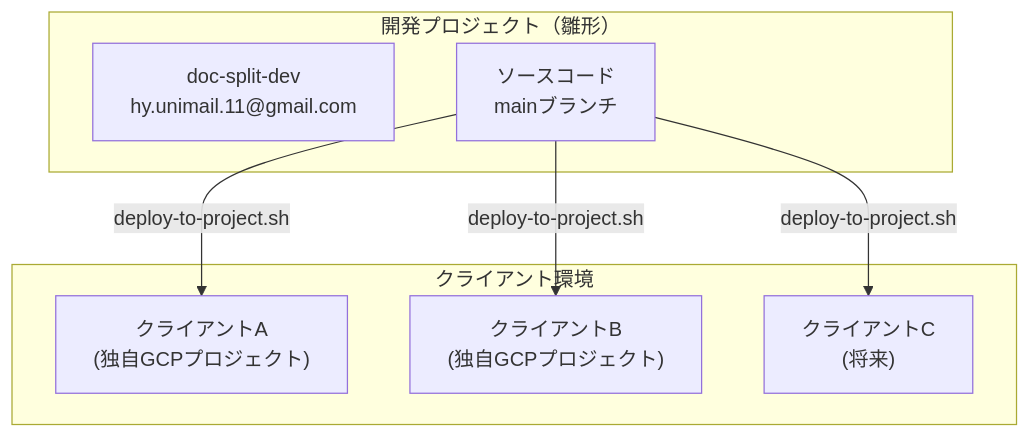
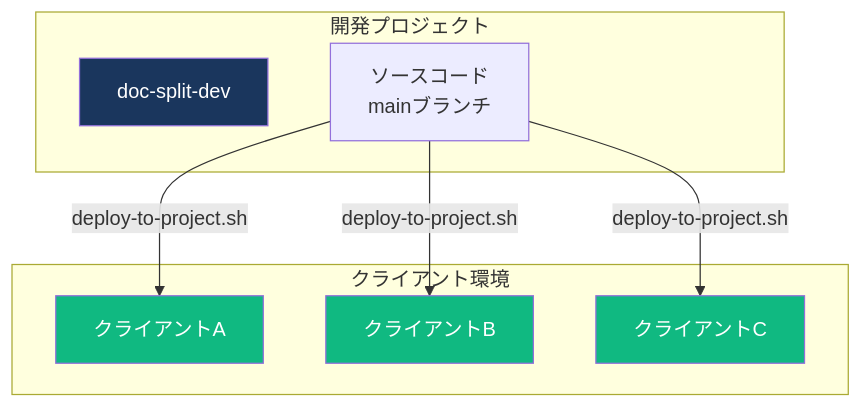
One commit to yasushi-honda/doc-split changed the second of 2 diagrams in docs/deployment-flow.md. Above: the diagram before and after it, drawn with Mermaid. The commit also changed other lines of this file and 1 other file, not shown here.

````diff
--- a/docs/deployment-flow.md
+++ b/docs/deployment-flow.md
@@ -311,17 +475,22 @@
 ```mermaid
 flowchart TD
-    subgraph DevProject["開発プロジェクト（雛形）"]
-        DEV["doc-split-dev<br/>hy.unimail.11@gmail.com"]
+    subgraph DevProject["開発プロジェクト"]
+        DEV["doc-split-dev"]
         CODE["ソースコード<br/>mainブランチ"]
     end
 
     subgraph Clients["クライアント環境"]
-        C1["クライアントA<br/>(独自GCPプロジェクト)"]
-        C2["クライアントB<br/>(独自GCPプロジェクト)"]
-        C3["クライアントC<br/>(将来)"]
+        C1["クライアントA"]
+        C2["クライアントB"]
+        C3["クライアントC"]
     end
 
     CODE -->|"deploy-to-project.sh"| C1
     CODE -->|"deploy-to-project.sh"| C2
     CODE -->|"deploy-to-project.sh"| C3
+
+    style DEV fill:#1a365d,color:white
+    style C1 fill:#10b981,color:white
+    style C2 fill:#10b981,color:white
+    style C3 fill:#10b981,color:white
 ```
````
